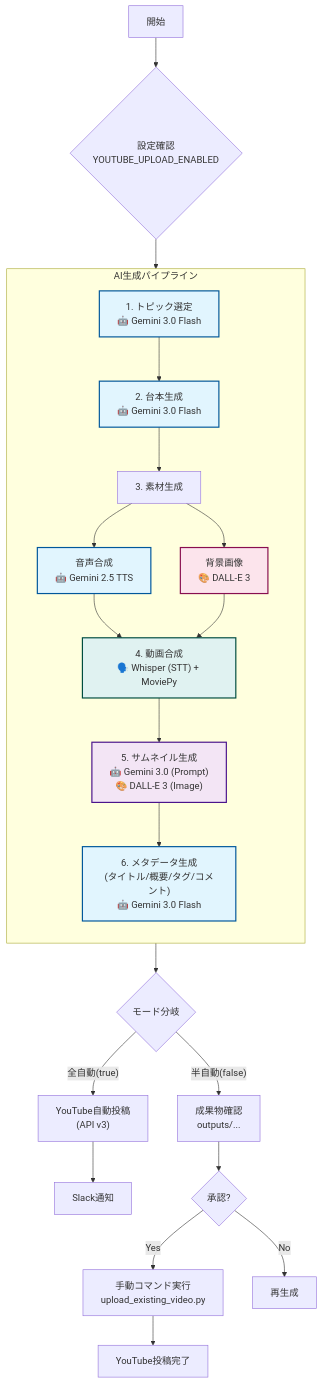
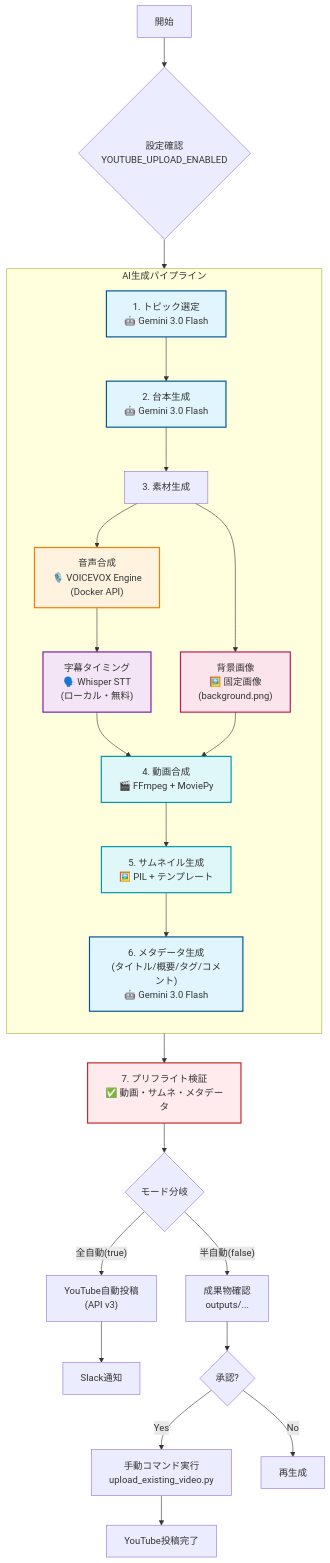
One commit to takezou621/ai-video-bot changed the second of 2 diagrams in README.md. Above: the diagram before and after it, drawn with Mermaid. The commit also changed other lines of this file, not shown here.

````diff
--- a/README.md
+++ b/README.md
@@ -129,38 +299,42 @@
 ```mermaid
 graph TD
     Start[開始] --> Config{設定確認<br/>YOUTUBE_UPLOAD_ENABLED}
-    
+
     subgraph AI_Generation [AI生成パイプライン]
         direction TB
         Topic["1. トピック選定<br/>🤖 Gemini 3.0 Flash"] --> Script["2. 台本生成<br/>🤖 Gemini 3.0 Flash"]
         Script --> Assets["3. 素材生成"]
-        Assets --> Audio["音声合成<br/>🤖 Gemini 2.5 TTS"]
-        Assets --> BG["背景画像<br/>🎨 DALL-E 3"]
-        Audio --> Video["4. 動画合成<br/>🗣️ Whisper (STT) + MoviePy"]
+        Assets --> Audio["音声合成<br/>🎙️ VOICEVOX Engine<br/>(Docker API)"]
+        Assets --> BG["背景画像<br/>🖼️ 固定画像<br/>(background.png)"]
+        Audio --> STT["字幕タイミング<br/>🗣️ Whisper STT<br/>(ローカル・無料)"]
+        STT --> Video["4. 動画合成<br/>🎬 FFmpeg + MoviePy"]
         BG --> Video
-        Video --> Thumb["5. サムネイル生成<br/>🤖 Gemini 3.0 (Prompt)<br/>🎨 DALL-E 3 (Image)"]
+        Video --> Thumb["5. サムネイル生成<br/>🖼️ PIL + テンプレート"]
         Thumb --> Meta["6. メタデータ生成<br/>(タイトル/概要/タグ/コメント)<br/>🤖 Gemini 3.0 Flash"]
     end
 
     Config --> AI_Generation
-    
-    Meta --> CheckMode{モード分岐}
-    
+
+    Meta --> PreCheck["7. プリフライト検証<br/>✅ 動画・サムネ・メタデータ"]
+    PreCheck --> CheckMode{モード分岐}
+
     CheckMode -- 全自動(true) --> AutoUpload["YouTube自動投稿<br/>(API v3)"]
     AutoUpload --> Slack["Slack通知"]
-    
+
     CheckMode -- 半自動(false) --> Review["成果物確認<br/>outputs/..."]
     Review --> Approve{承認?}
     Approve -- Yes --> ManualUpload["手動コマンド実行<br/>upload_existing_video.py"]
     ManualUpload --> UploadDone["YouTube投稿完了"]
     Approve -- No --> Retry["再生成"]
-    
-    %% AI Model Styling
+
+    %% Styling
     style Topic fill:#e1f5fe,stroke:#01579b,stroke-width:2px
     style Script fill:#e1f5fe,stroke:#01579b,stroke-width:2px
-    style Audio fill:#e1f5fe,stroke:#01579b,stroke-width:2px
-    style BG fill:#fce4ec,stroke:#880e4f,stroke-width:2px
-    style Video fill:#e0f2f1,stroke:#004d40,stroke-width:2px
-    style Thumb fill:#f3e5f5,stroke:#4a148c,stroke-width:2px
+    style Audio fill:#fff3e0,stroke:#f57c00,stroke-width:2px
+    style BG fill:#fce4ec,stroke:#c2185b,stroke-width:2px
+    style STT fill:#f3e5f5,stroke:#7b1fa2,stroke-width:2px
+    style Video fill:#e0f7fa,stroke:#0097a7,stroke-width:2px
+    style Thumb fill:#e0f7fa,stroke:#0097a7,stroke-width:2px
     style Meta fill:#e1f5fe,stroke:#01579b,stroke-width:2px
+    style PreCheck fill:#ffebee,stroke:#c62828,stroke-width:2px
 ```
````
